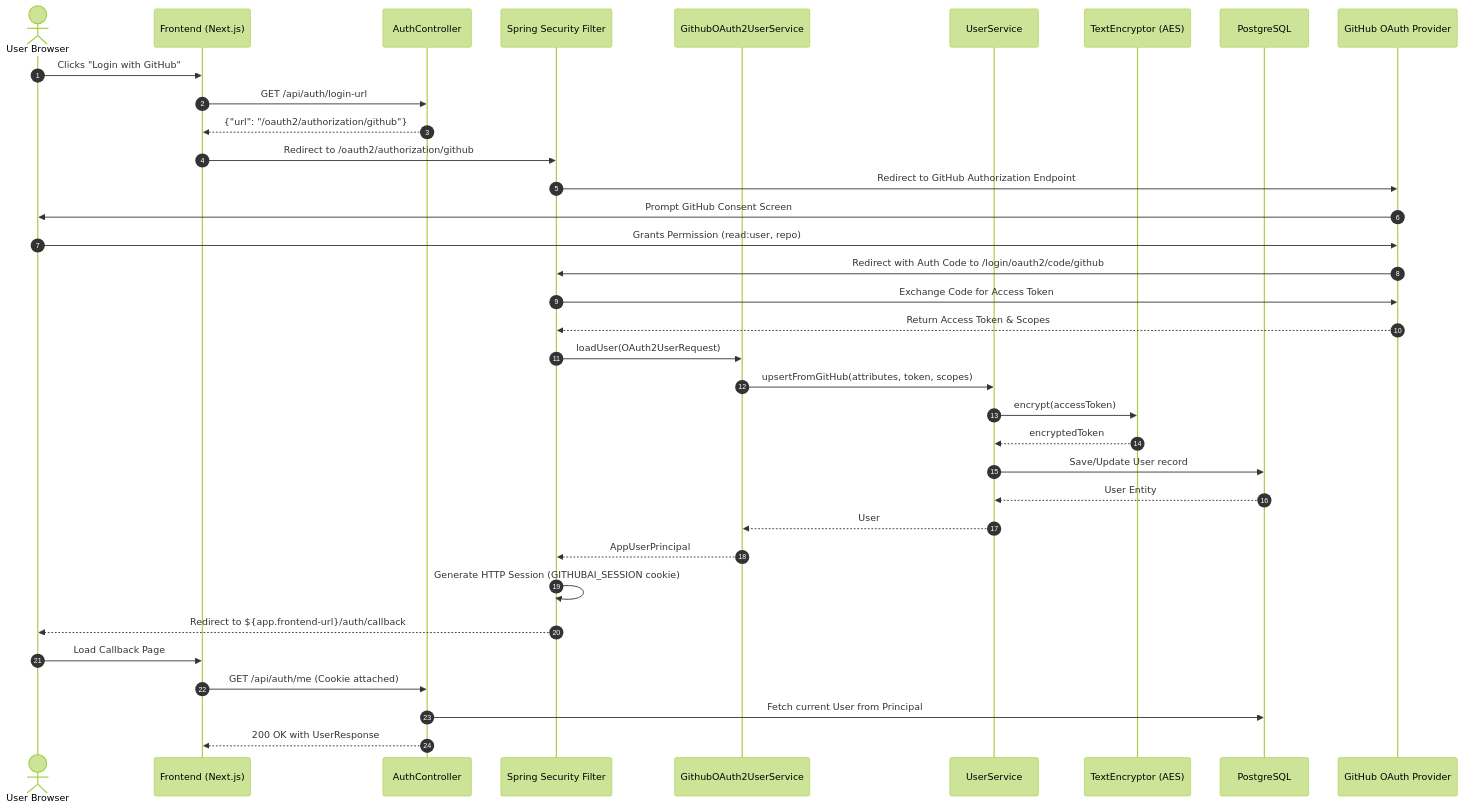
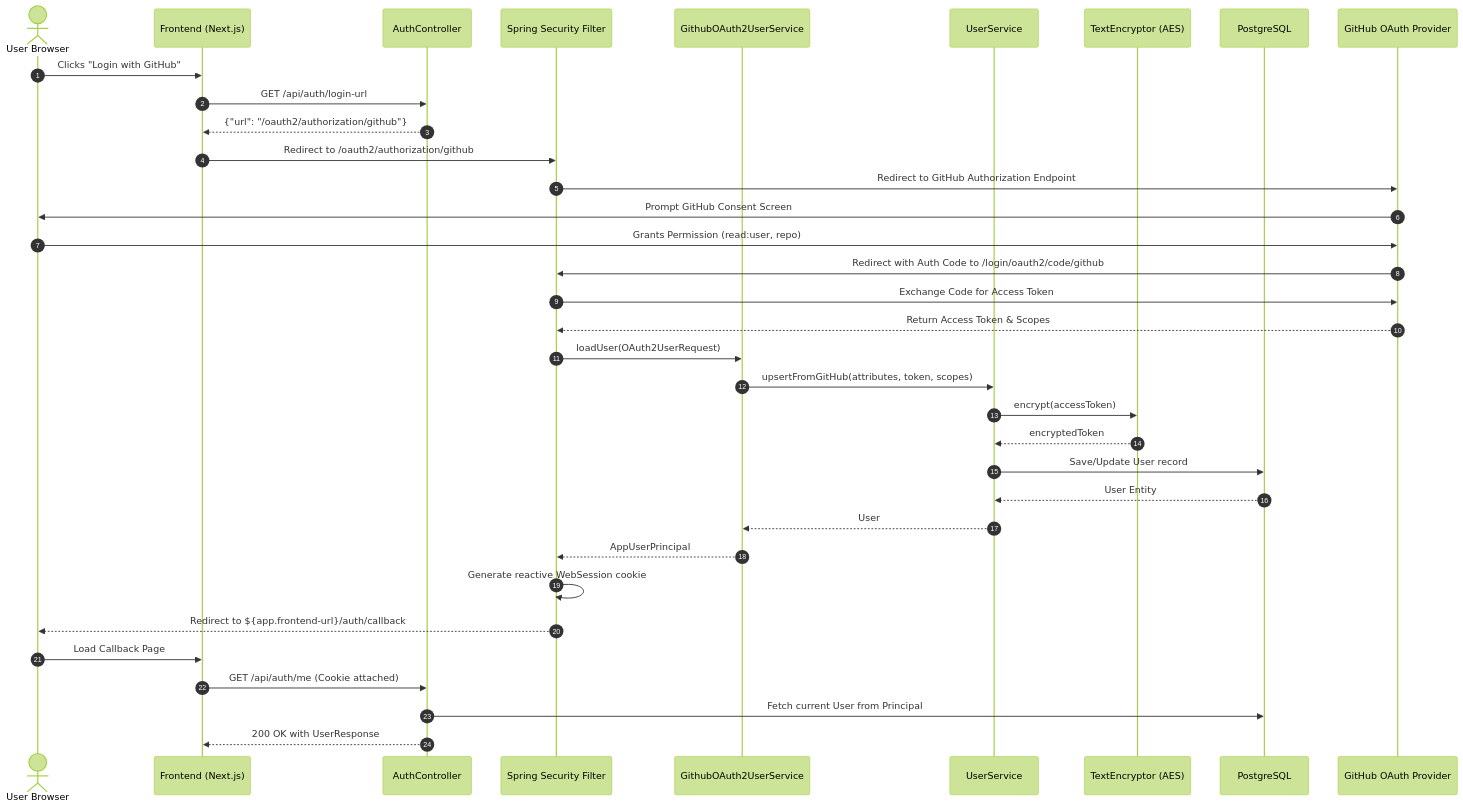
Before and after one commit to BhautikVaghani30/RAG-Application-Using-Spring-AI: the third of 9 diagrams in README.md, drawn with Mermaid (forest theme). The commit also changed other lines of this file and 50 other files, not shown here.

````diff
--- a/README.md
+++ b/README.md
@@ -222,38 +222,38 @@
 ```mermaid
 sequenceDiagram
     autonumber
     actor User as User Browser
     participant Client as Frontend (Next.js)
     participant AuthCtrl as AuthController
     participant Sec as Spring Security Filter
     participant GHService as GithubOAuth2UserService
     participant UserSvc as UserService
     participant Enc as TextEncryptor (AES)
     participant DB as PostgreSQL
     participant GH as GitHub OAuth Provider
 
     User ->> Client: Clicks "Login with GitHub"
     Client ->> AuthCtrl: GET /api/auth/login-url
     AuthCtrl -->> Client: {"url": "/oauth2/authorization/github"}
     Client ->> Sec: Redirect to /oauth2/authorization/github
     Sec ->> GH: Redirect to GitHub Authorization Endpoint
     GH ->> User: Prompt GitHub Consent Screen
     User ->> GH: Grants Permission (read:user, repo)
     GH ->> Sec: Redirect with Auth Code to /login/oauth2/code/github
     Sec ->> GH: Exchange Code for Access Token
     GH -->> Sec: Return Access Token & Scopes
     Sec ->> GHService: loadUser(OAuth2UserRequest)
     GHService ->> UserSvc: upsertFromGitHub(attributes, token, scopes)
     UserSvc ->> Enc: encrypt(accessToken)
     Enc -->> UserSvc: encryptedToken
     UserSvc ->> DB: Save/Update User record
     DB -->> UserSvc: User Entity
     UserSvc -->> GHService: User
     GHService -->> Sec: AppUserPrincipal
-    Sec ->> Sec: Generate HTTP Session (GITHUBAI_SESSION cookie)
+    Sec ->> Sec: Generate reactive WebSession cookie
     Sec -->> User: Redirect to ${app.frontend-url}/auth/callback
     User ->> Client: Load Callback Page
     Client ->> AuthCtrl: GET /api/auth/me (Cookie attached)
     AuthCtrl ->> DB: Fetch current User from Principal
     AuthCtrl -->> Client: 200 OK with UserResponse
 ```
````
